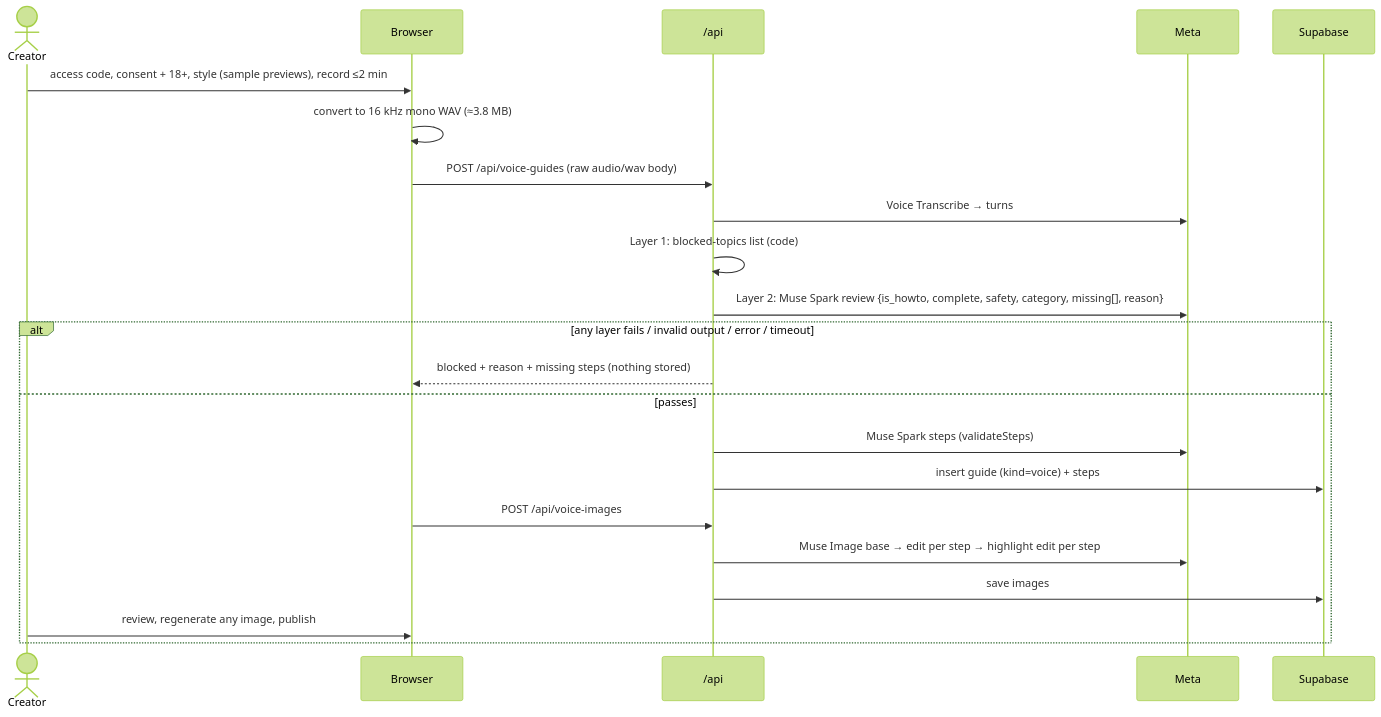
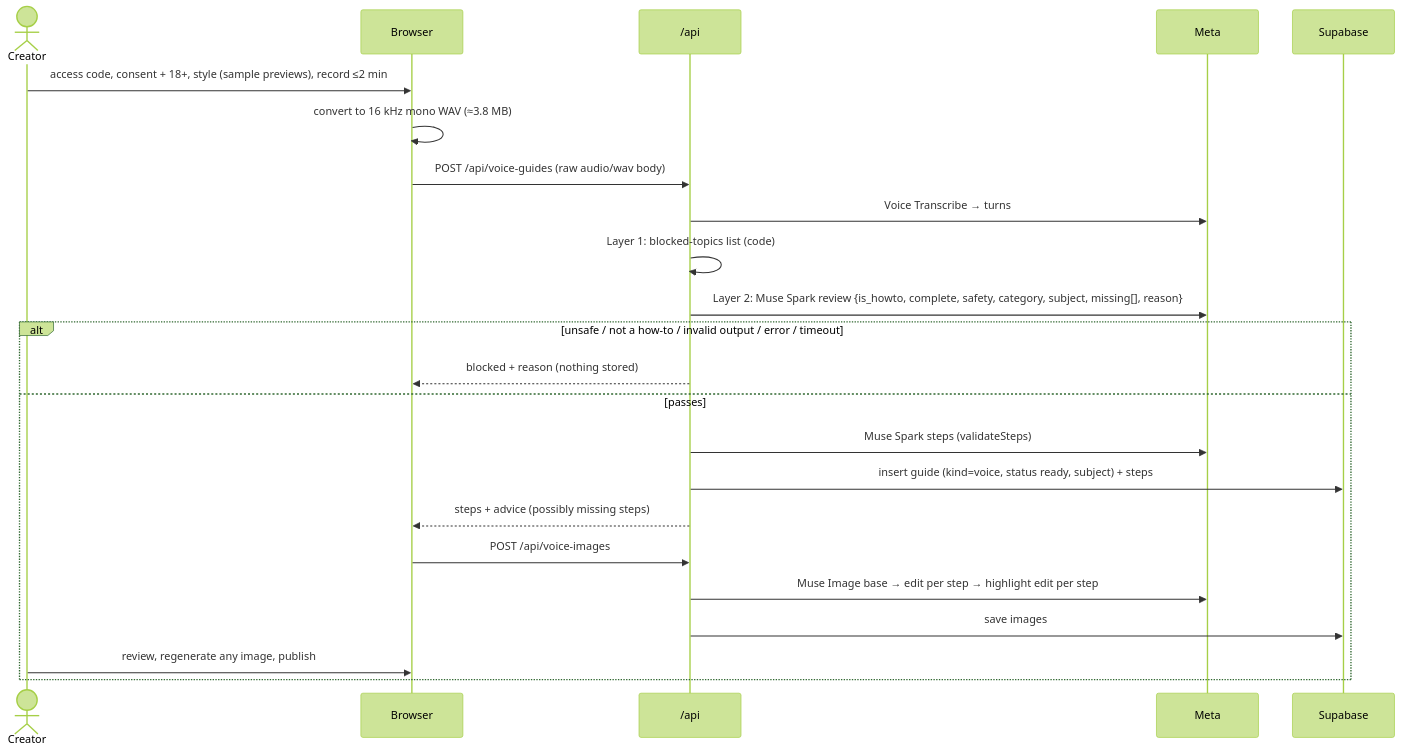
Before and after one commit to muhammadtalhaishtiaq/goodfix: the fourth of 5 diagrams in apps/showhow/docs/ARCHITECTURE.md, drawn with Mermaid (forest theme). The commit also changed other lines of this file and 21 other files, not shown here.

Commit message:
T17 voice guides: two-layer safety gate (fail closed), raw-WAV route, base-anchored Muse Image illustrations, Talk-it-through create flow; verified live

````diff
--- a/apps/showhow/docs/ARCHITECTURE.md
+++ b/apps/showhow/docs/ARCHITECTURE.md
@@ -200,24 +202,25 @@
 ```mermaid
 sequenceDiagram
   actor Cr as Creator
   participant B as Browser
   participant A as /api
   participant M as Meta
   participant S as Supabase
   Cr->>B: access code, consent + 18+, style (sample previews), record ≤2 min
   B->>B: convert to 16 kHz mono WAV (≈3.8 MB)
   B->>A: POST /api/voice-guides (raw audio/wav body)
   A->>M: Voice Transcribe → turns
   A->>A: Layer 1: blocked-topics list (code)
-  A->>M: Layer 2: Muse Spark review {is_howto, complete, safety, category, missing[], reason}
-  alt any layer fails / invalid output / error / timeout
-    A-->>B: blocked + reason + missing steps (nothing stored)
+  A->>M: Layer 2: Muse Spark review {is_howto, complete, safety, category, subject, missing[], reason}
+  alt unsafe / not a how-to / invalid output / error / timeout
+    A-->>B: blocked + reason (nothing stored)
   else passes
     A->>M: Muse Spark steps (validateSteps)
-    A->>S: insert guide (kind=voice) + steps
+    A->>S: insert guide (kind=voice, status ready, subject) + steps
+    A-->>B: steps + advice (possibly missing steps)
     B->>A: POST /api/voice-images
     A->>M: Muse Image base → edit per step → highlight edit per step
     A->>S: save images
     Cr->>B: review, regenerate any image, publish
   end
 ```
````
